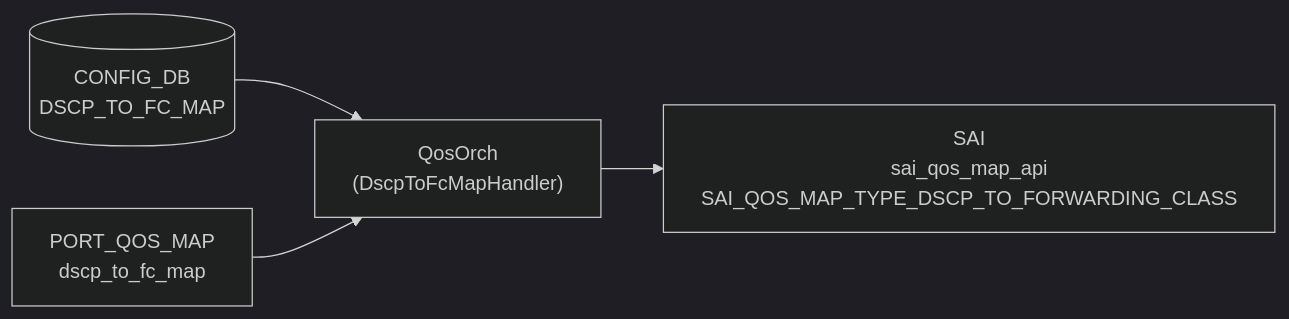
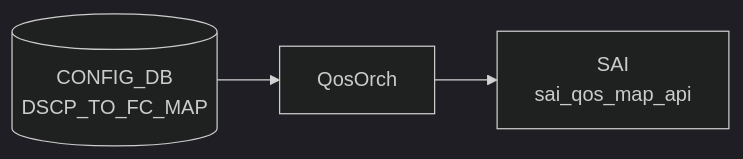
Before and after one commit to aoki-taquan/sonic-unofficial-docs: the diagram in docs/reference/config-db/dscp-to-fc-map.md, drawn with Mermaid (dark theme). The commit also changed other lines of this file and 359 other files, not shown here.

````diff
--- a/docs/reference/config-db/dscp-to-fc-map.md
+++ b/docs/reference/config-db/dscp-to-fc-map.md
@@ -34,10 +34,8 @@
 ```mermaid
 flowchart LR
   CDB[("CONFIG_DB<br/>DSCP_TO_FC_MAP")]
-  DM["QosOrch<br/>(DscpToFcMapHandler)"]
+  DM["QosOrch"]
   CDB --> DM
-  SAI["SAI<br/>sai_qos_map_api<br/>SAI_QOS_MAP_TYPE_DSCP_TO_FORWARDING_CLASS"]
+  SAI["SAI<br/>sai_qos_map_api"]
   DM --> SAI
-  PORT["PORT_QOS_MAP<br/>dscp_to_fc_map"]
-  PORT --> DM
 ```
````
